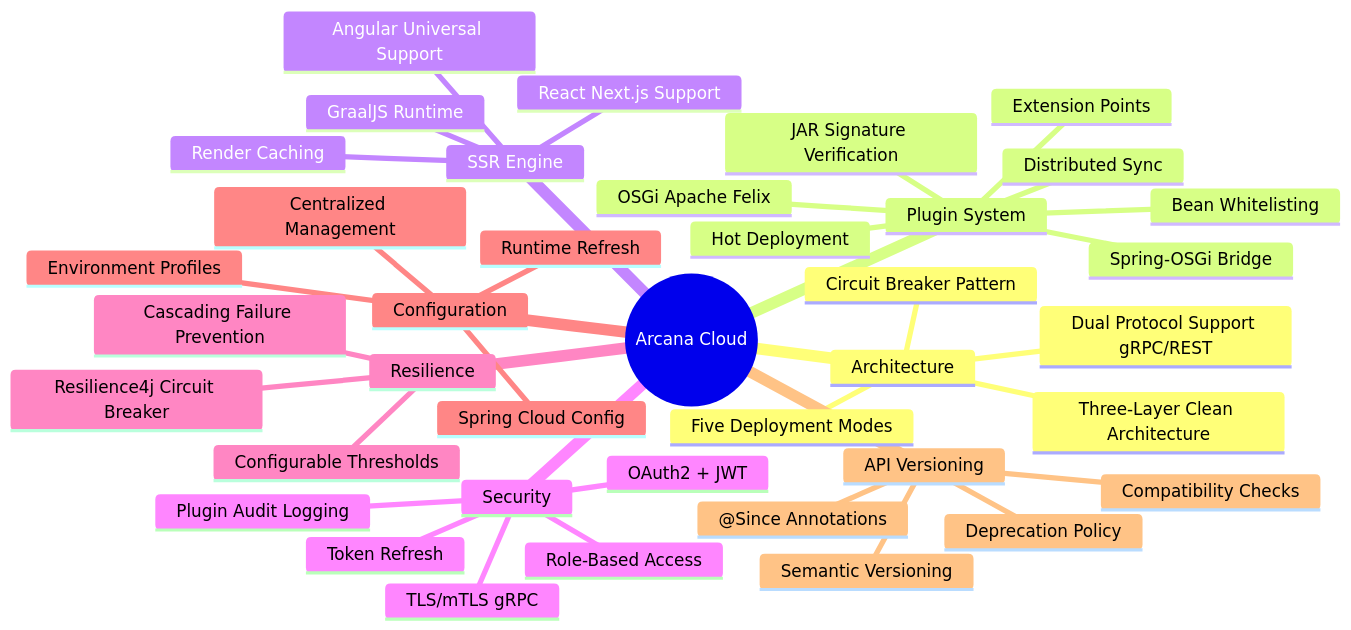
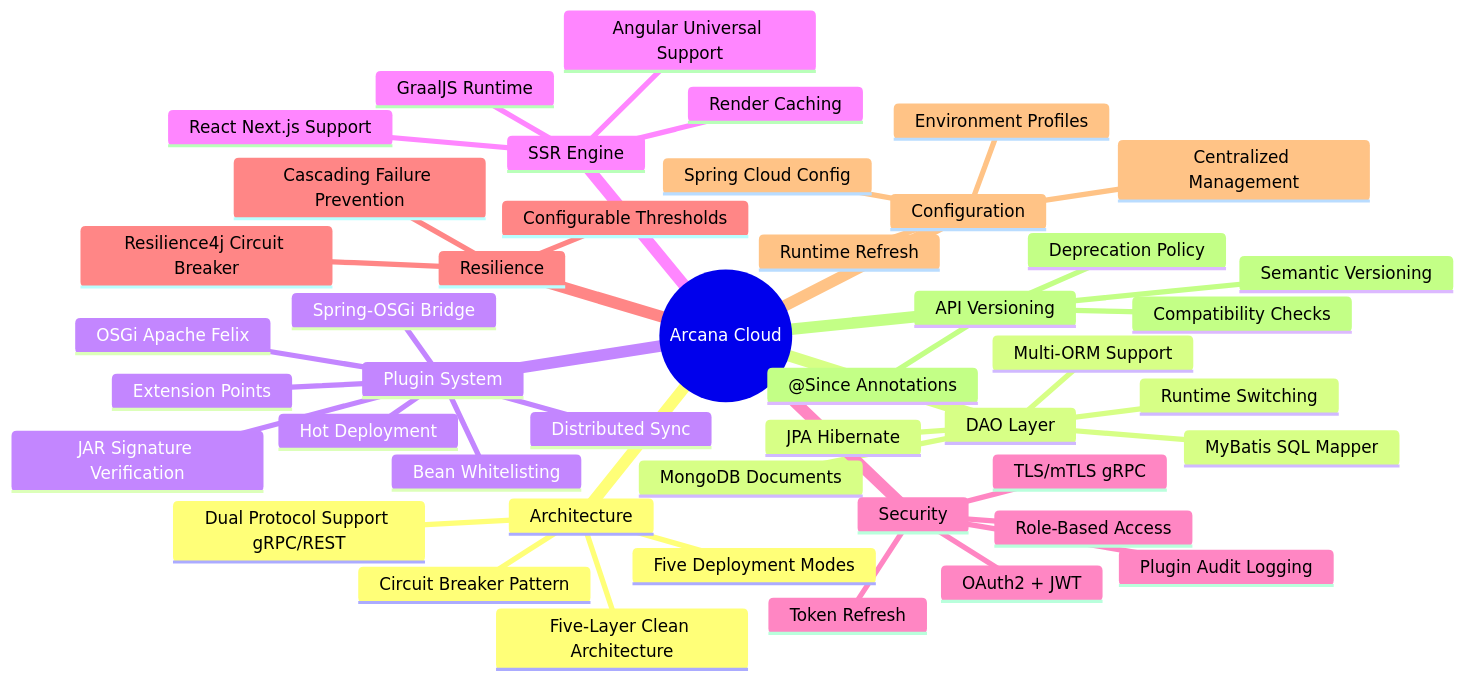
One commit to jrjohn/arcana-cloud-springboot changed the fifth of 11 diagrams in README.md. Above: the diagram before and after it, drawn with Mermaid. The commit also changed other lines of this file, not shown here.

````diff
--- a/README.md
+++ b/README.md
@@ -238,42 +249,48 @@
 ```mermaid
 mindmap
   root((Arcana Cloud))
     Architecture
-      Three-Layer Clean Architecture
+      Five-Layer Clean Architecture
       Dual Protocol Support gRPC/REST
       Five Deployment Modes
       Circuit Breaker Pattern
+    DAO Layer
+      Multi-ORM Support
+      JPA Hibernate
+      MyBatis SQL Mapper
+      MongoDB Documents
+      Runtime Switching
     Plugin System
       OSGi Apache Felix
       Hot Deployment
       Extension Points
       Spring-OSGi Bridge
       Distributed Sync
       Bean Whitelisting
       JAR Signature Verification
     SSR Engine
       GraalJS Runtime
       React Next.js Support
       Angular Universal Support
       Render Caching
     Security
       OAuth2 + JWT
       Role-Based Access
       Token Refresh
       TLS/mTLS gRPC
       Plugin Audit Logging
     Resilience
       Resilience4j Circuit Breaker
       Cascading Failure Prevention
       Configurable Thresholds
     Configuration
       Spring Cloud Config
       Centralized Management
       Environment Profiles
       Runtime Refresh
     API Versioning
       Semantic Versioning
       @Since Annotations
       Compatibility Checks
       Deprecation Policy
 ```
````
